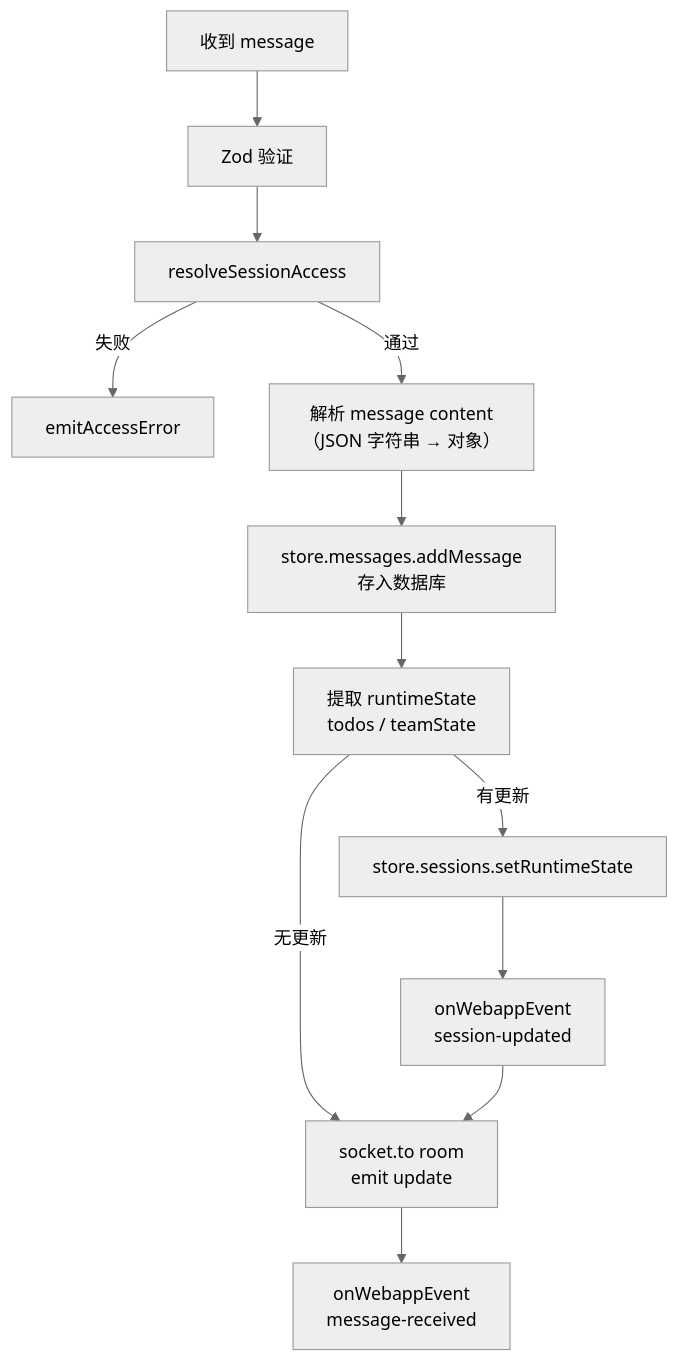
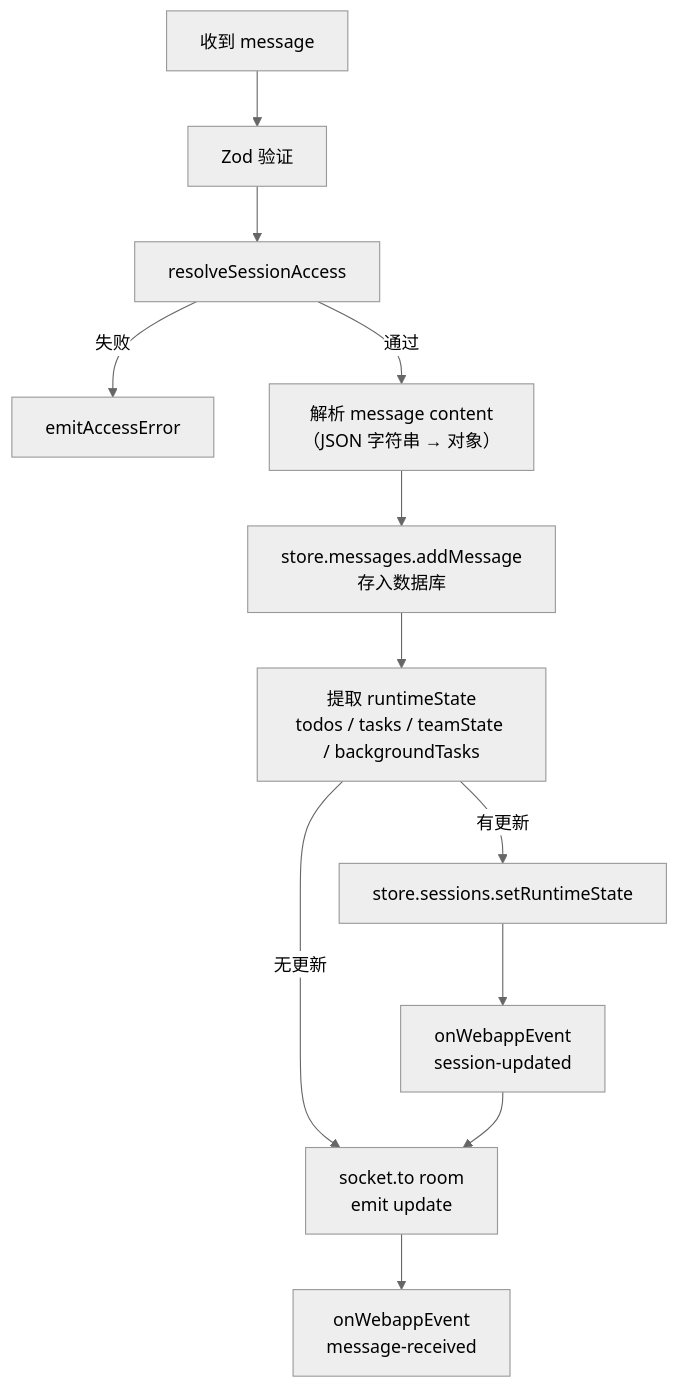
The third of 9 diagrams in docs/architecture/hub/socket/handlers.md (ModuBit/mobi), drawn with Mermaid (neutral theme) before and after one commit. The commit also changed other lines of this file and 56 other files, not shown here.

````diff
--- a/docs/architecture/hub/socket/handlers.md
+++ b/docs/architecture/hub/socket/handlers.md
@@ -127,14 +127,14 @@
 ```mermaid
 flowchart TB
     Recv["收到 message"] --> Validate["Zod 验证"]
     Validate --> Auth["resolveSessionAccess"]
     Auth -->|失败| Error["emitAccessError"]
     Auth -->|通过| Parse["解析 message content<br/>（JSON 字符串 → 对象）"]
     Parse --> Store["store.messages.addMessage<br/>存入数据库"]
-    Store --> Extract["提取 runtimeState<br/>todos / teamState"]
+    Store --> Extract["提取 runtimeState<br/>todos / tasks / teamState / backgroundTasks"]
     Extract -->|有更新| UpdateRS["store.sessions.setRuntimeState"]
     UpdateRS --> WebEvent1["onWebappEvent<br/>session-updated"]
     Extract -->|无更新| Broadcast
     WebEvent1 --> Broadcast["socket.to room<br/>emit update"]
     Broadcast --> WebEvent2["onWebappEvent<br/>message-received"]
 ```
````
